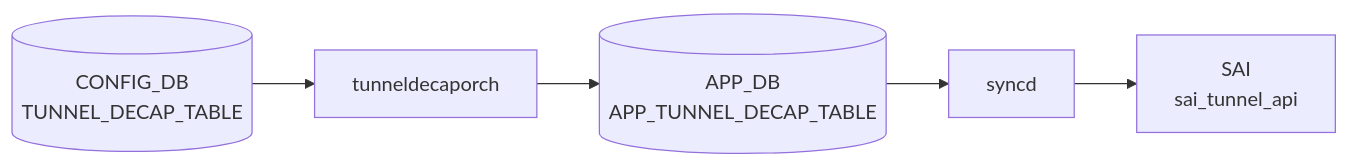
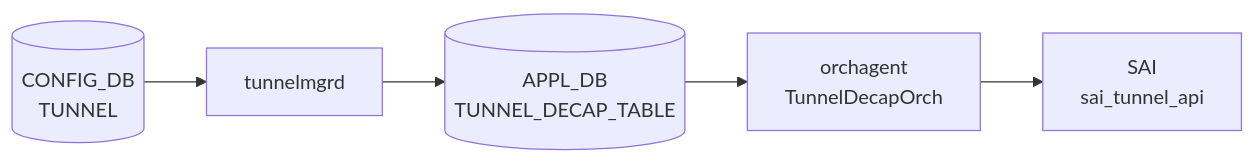
One commit to aoki-taquan/sonic-unofficial-docs changed the diagram in docs/reference/config-db/tunnel-decap-table.md. Above: the diagram before and after it, drawn with Mermaid. The commit also changed 16 other files, not shown here.

````diff
--- a/docs/reference/config-db/tunnel-decap-table.md
+++ b/docs/reference/config-db/tunnel-decap-table.md
@@ -37,12 +37,12 @@
 ```mermaid
 flowchart LR
-  CDB[("CONFIG_DB<br/>TUNNEL_DECAP_TABLE")]
-  DM["tunneldecaporch"]
-  CDB --> DM
-  APPDB[("APP_DB<br/>APP_TUNNEL_DECAP_TABLE")]
-  DM --> APPDB
-  SYNCD["syncd"]
-  APPDB --> SYNCD
+  CDB[("CONFIG_DB<br/>TUNNEL")]
+  TMGR["tunnelmgrd"]
+  CDB --> TMGR
+  APPDB[("APPL_DB<br/>TUNNEL_DECAP_TABLE")]
+  TMGR --> APPDB
+  ORCH["orchagent<br/>TunnelDecapOrch"]
+  APPDB --> ORCH
   SAI["SAI<br/>sai_tunnel_api"]
-  SYNCD --> SAI
+  ORCH --> SAI
 ```
````
